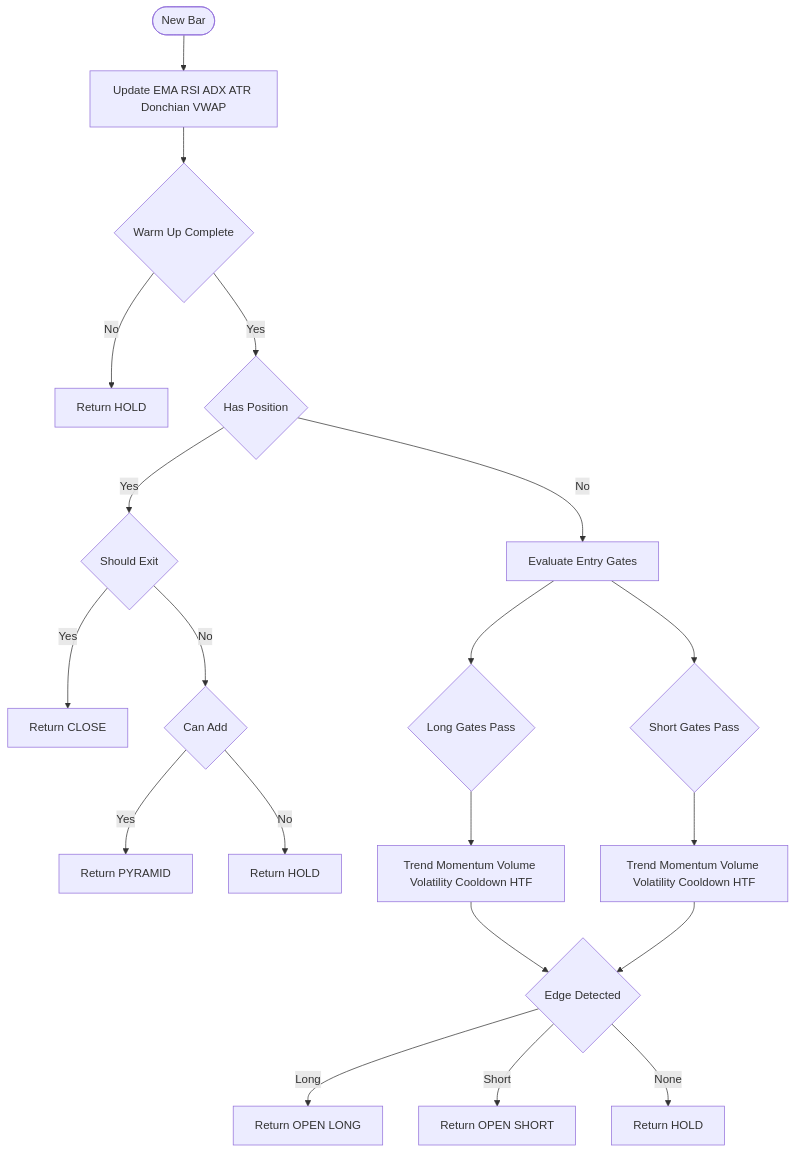
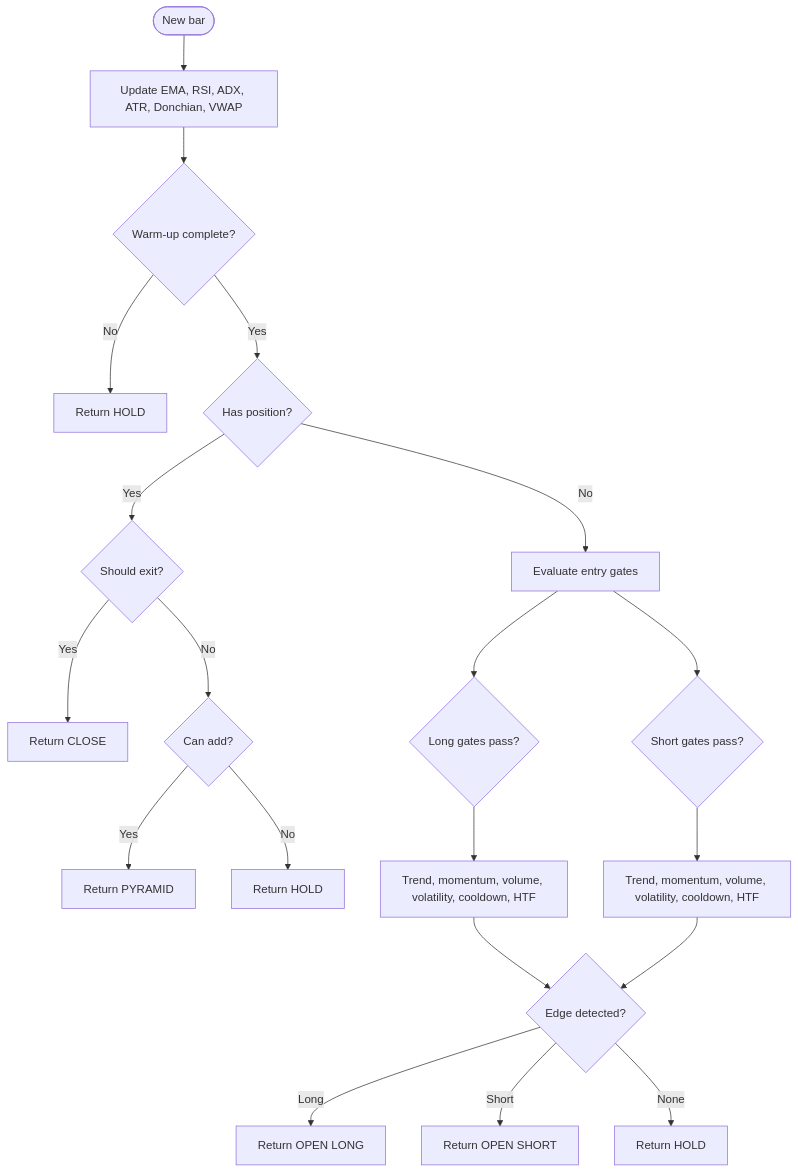
Before and after one commit to hashemselsherif/automated-trading-platform-showcase: the seventh of 16 diagrams in diagrams/DIAGRAMS.md, drawn with Mermaid. The commit also changed other lines of this file and 2 other files, not shown here.

First line of the commit message:
docs: rebuild DIAGRAMS.md as canonical hub; render it from HTML viewer

````diff
--- a/diagrams/DIAGRAMS.md
+++ b/diagrams/DIAGRAMS.md
@@ -59,22 +228,22 @@
 ```mermaid
 flowchart TB
-  Start([New Bar]) --> Update[Update EMA RSI ADX ATR Donchian VWAP]
-  Update --> Ready{Warm Up Complete}
-  Ready -->|No| Hold1[Return HOLD]
-  Ready -->|Yes| HasPos{Has Position}
-  HasPos -->|Yes| CheckExit{Should Exit}
-  CheckExit -->|Yes| Exit[Return CLOSE]
-  CheckExit -->|No| CheckPyramid{Can Add}
-  CheckPyramid -->|Yes| Pyramid[Return PYRAMID]
-  CheckPyramid -->|No| Hold2[Return HOLD]
-  HasPos -->|No| Gates[Evaluate Entry Gates]
-  Gates --> LongGate{Long Gates Pass}
-  Gates --> ShortGate{Short Gates Pass}
-  LongGate --> LongFactors[Trend Momentum Volume Volatility Cooldown HTF]
-  ShortGate --> ShortFactors[Trend Momentum Volume Volatility Cooldown HTF]
-  LongFactors --> Edge{Edge Detected}
+  Start(["New bar"]) --> Update["Update EMA, RSI, ADX, ATR, Donchian, VWAP"]
+  Update --> Ready{"Warm-up complete?"}
+  Ready -->|No| Hold1["Return HOLD"]
+  Ready -->|Yes| HasPos{"Has position?"}
+  HasPos -->|Yes| CheckExit{"Should exit?"}
+  CheckExit -->|Yes| Exit["Return CLOSE"]
+  CheckExit -->|No| CheckPyramid{"Can add?"}
+  CheckPyramid -->|Yes| Pyramid["Return PYRAMID"]
+  CheckPyramid -->|No| Hold2["Return HOLD"]
+  HasPos -->|No| Gates["Evaluate entry gates"]
+  Gates --> LongGate{"Long gates pass?"}
+  Gates --> ShortGate{"Short gates pass?"}
+  LongGate --> LongFactors["Trend, momentum, volume, volatility, cooldown, HTF"]
+  ShortGate --> ShortFactors["Trend, momentum, volume, volatility, cooldown, HTF"]
+  LongFactors --> Edge{"Edge detected?"}
   ShortFactors --> Edge
-  Edge -->|Long| OpenLong[Return OPEN LONG]
-  Edge -->|Short| OpenShort[Return OPEN SHORT]
-  Edge -->|None| Hold3[Return HOLD]
+  Edge -->|Long| OpenLong["Return OPEN LONG"]
+  Edge -->|Short| OpenShort["Return OPEN SHORT"]
+  Edge -->|None| Hold3["Return HOLD"]
 ```
````
